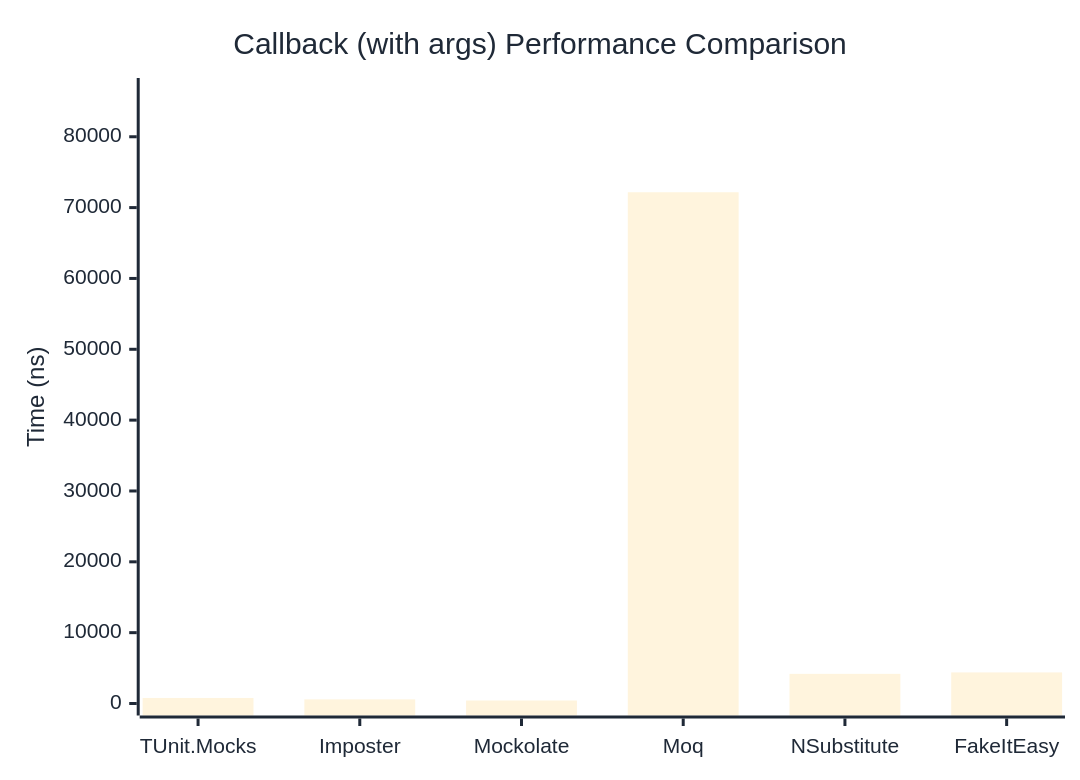
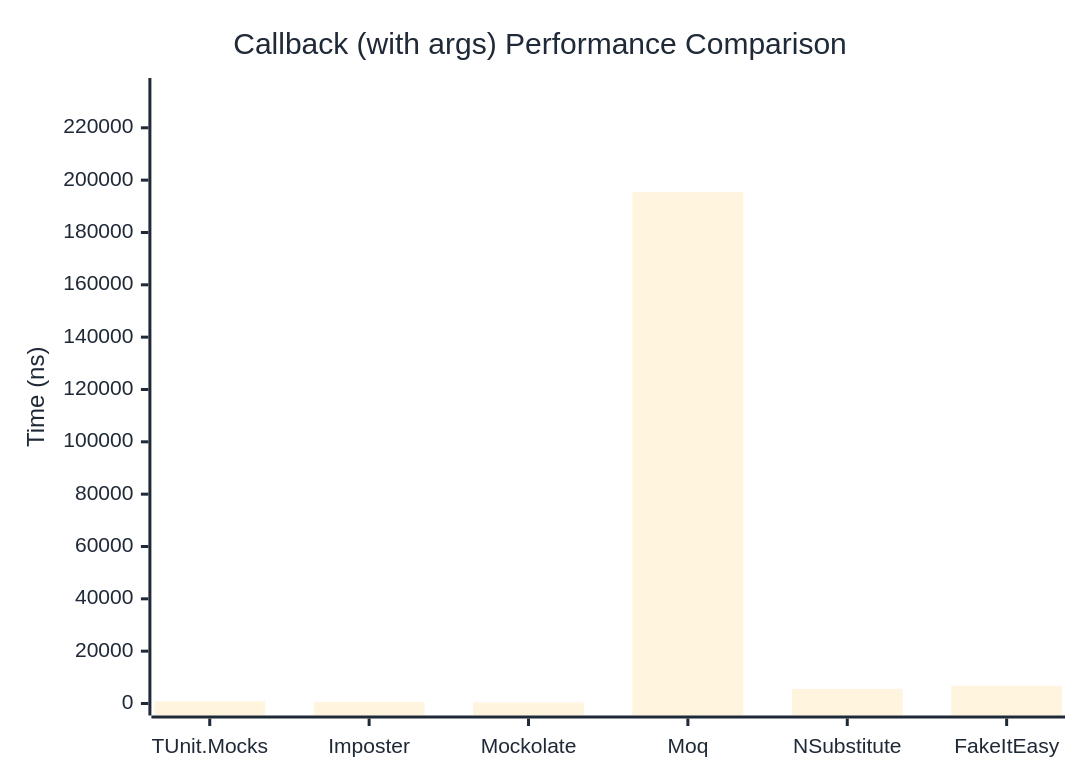
The second of 2 diagrams in docs/docs/benchmarks/mocks/Callback.md (thomhurst/TUnit), drawn with Mermaid before and after one commit. The commit also changed other lines of this file and 14 other files, not shown here.

````diff
--- a/docs/docs/benchmarks/mocks/Callback.md
+++ b/docs/docs/benchmarks/mocks/Callback.md
@@ -71,27 +71,27 @@
 ```mermaid
 %%{init: {
   'theme':'base',
   'themeVariables': {
     'primaryColor': '#2563eb',
     'primaryTextColor': '#1f2937',
     'primaryBorderColor': '#1e40af',
     'lineColor': '#6b7280',
     'secondaryColor': '#7c3aed',
     'tertiaryColor': '#dc2626',
     'background': '#ffffff',
     'pie1': '#2563eb',
     'pie2': '#7c3aed',
     'pie3': '#dc2626',
     'pie4': '#f59e0b',
     'pie5': '#10b981',
     'pie6': '#06b6d4',
     'pie7': '#ec4899',
     'pie8': '#6366f1'
   }
 }}%%
 xychart-beta
   title "Callback (with args) Performance Comparison"
   x-axis ["TUnit.Mocks", "Imposter", "Mockolate", "Moq", "NSubstitute", "FakeItEasy"]
-  y-axis "Time (ns)" 0 --> 86600
-  bar [783.6, 585.8, 421.7, 72166, 4186.2, 4388.5]
+  y-axis "Time (ns)" 0 --> 234446
+  bar [882.5, 555.6, 390.8, 195371.4, 5609.5, 6756.9]
 ```
````
